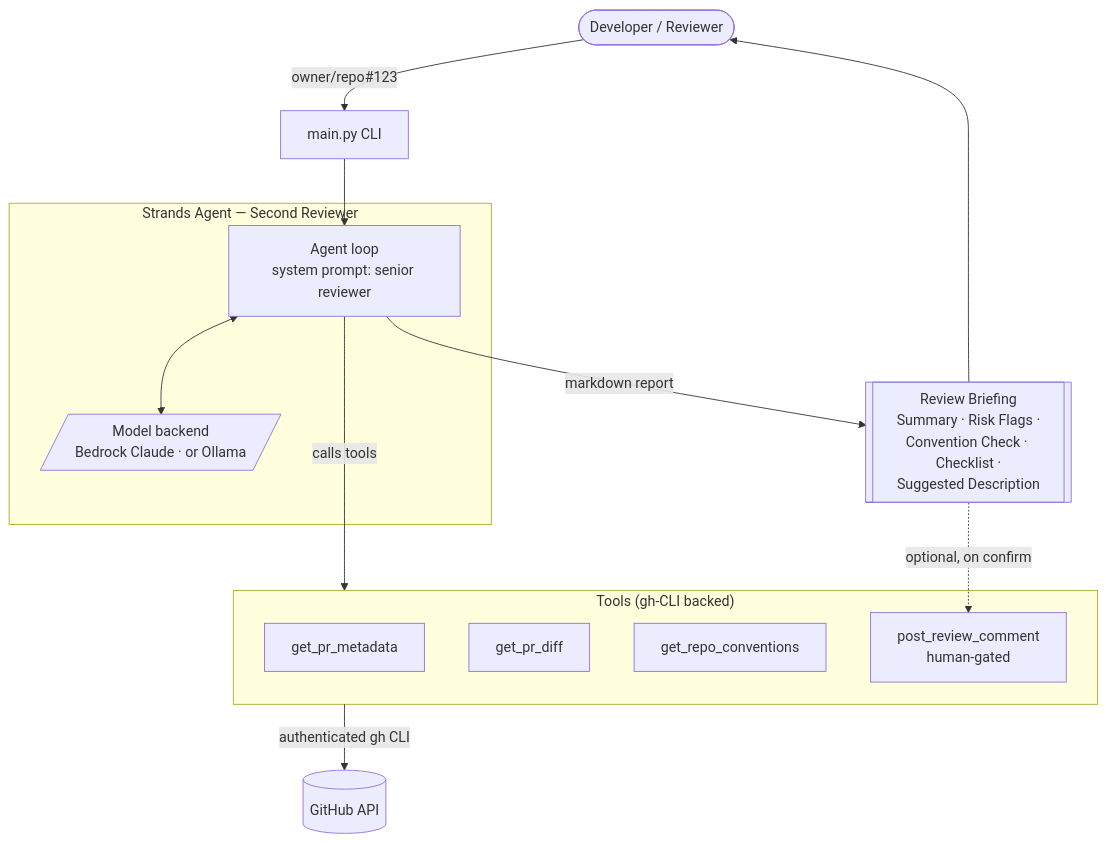
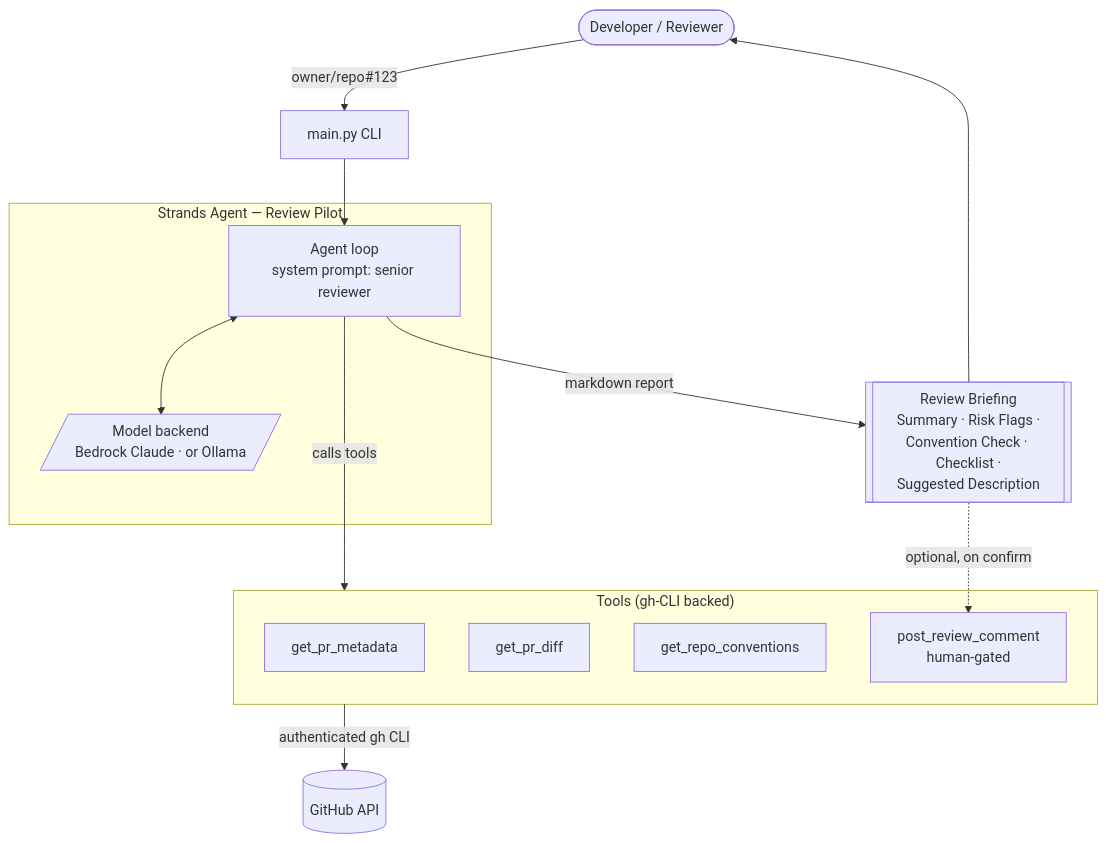
Before and after one commit to Shubhamm-02/Review_Pilot: the diagram in ARCHITECTURE.md, drawn with Mermaid. The commit also changed other lines of this file and 3 other files, not shown here.

````diff
--- a/ARCHITECTURE.md
+++ b/ARCHITECTURE.md
@@ -8,25 +10,25 @@
 ```mermaid
 flowchart TD
     User([Developer / Reviewer]) -->|"owner/repo#123"| CLI[main.py CLI]
     CLI --> Agent
 
-    subgraph Strands["Strands Agent — Second Reviewer"]
+    subgraph Strands["Strands Agent — Review Pilot"]
         Agent[Agent loop<br/>system prompt: senior reviewer]
         Model[/Model backend<br/>Bedrock Claude · or Ollama/]
         Agent <--> Model
     end
 
     Agent -->|calls tools| Tools
     subgraph Tools["Tools (gh-CLI backed)"]
         T1[get_pr_metadata]
         T2[get_pr_diff]
         T3[get_repo_conventions]
         T4[post_review_comment<br/>human-gated]
     end
 
     Tools -->|authenticated gh CLI| GH[(GitHub API)]
 
     Agent -->|markdown report| Report[[Review Briefing<br/>Summary · Risk Flags ·<br/>Convention Check · Checklist ·<br/>Suggested Description]]
     Report --> User
     Report -.->|optional, on confirm| T4
 ```
````
